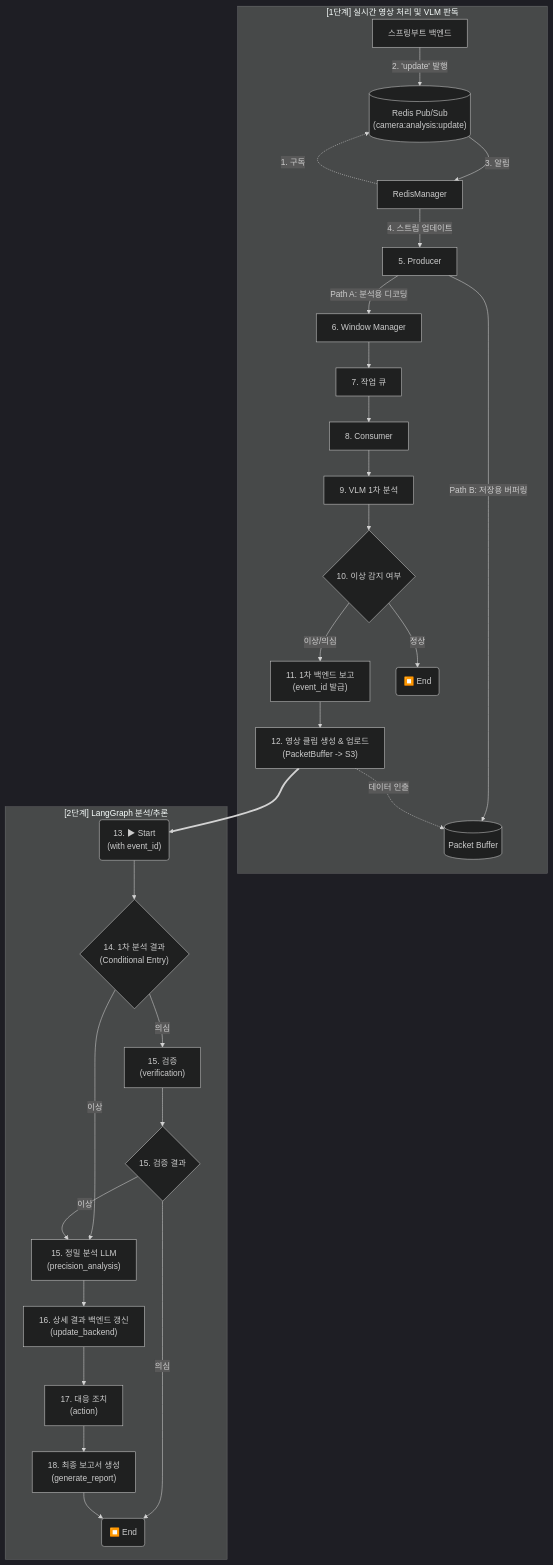
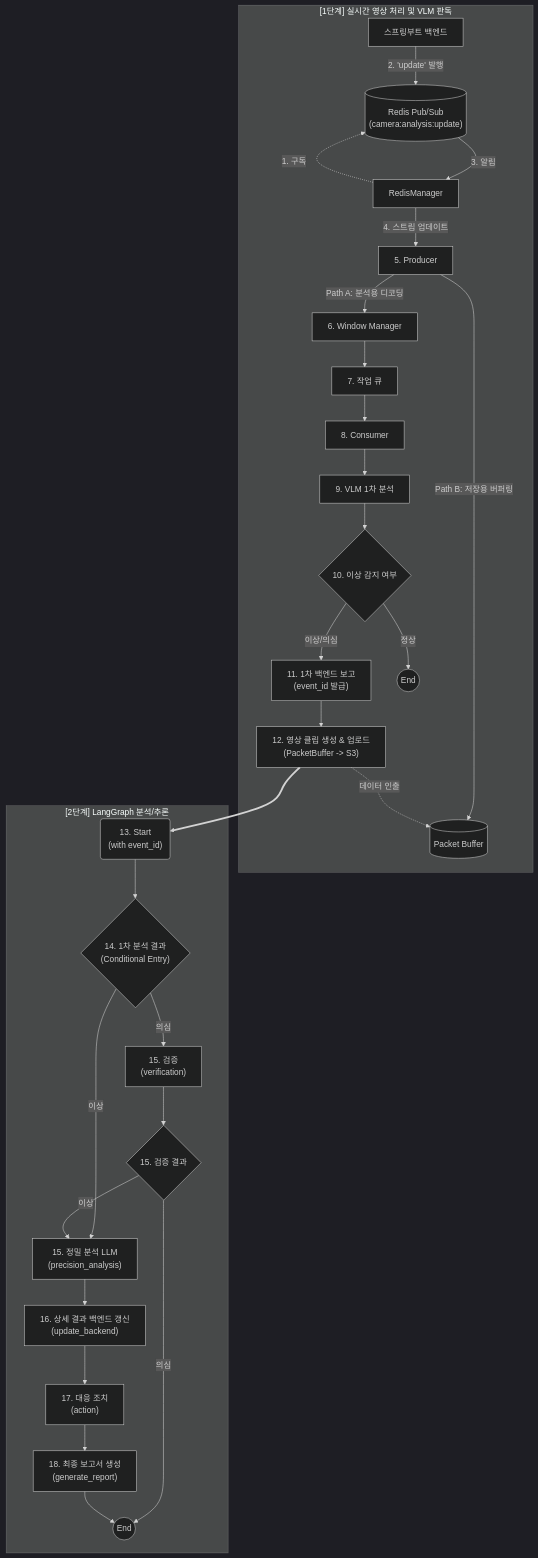
Before and after one commit to AIX-01/aegis-ai-agent: the first of 2 diagrams in README.md, drawn with Mermaid (dark theme). The commit also changed other lines of this file, not shown here.

````diff
--- a/README.md
+++ b/README.md
@@ -148,45 +363,45 @@
 ```mermaid
 graph TD
     subgraph RealTime["[1단계] 실시간 영상 처리 및 VLM 판독"]
         ExtMgr["스프링부트 백엔드"]
         RedisCh[("Redis Pub/Sub<br>(camera:analysis:update)")]
         RM["RedisManager"]
 
         RM -. "1. 구독" .-> RedisCh
         ExtMgr -- "2. 'update' 발행" --> RedisCh
         RedisCh -- "3. 알림" --> RM
         
         RM -- "4. 스트림 업데이트" --> P["5. Producer"]
         P -- "Path A: 분석용 디코딩" --> W["6. Window Manager"]
         P -- "Path B: 저장용 버퍼링" --> PB[("Packet Buffer")]
         
         W --> Q["7. 작업 큐"]
         Q --> C["8. Consumer"]
         C --> VLM["9. VLM 1차 분석"]
         VLM --> Router{"10. 이상 감지 여부"}
         Router -- "이상/의심" --> BR["11. 1차 백엔드 보고<br>(event_id 발급)"]
         BR --> Clip["12. 영상 클립 생성 & 업로드<br>(PacketBuffer -> S3)"]
         Clip -. "데이터 인출" .-> PB
-        Router -- "정상" --> EndLocal(⏹️ End)
+        Router -- "정상" --> EndLocal((End))
     end
 
     subgraph LangGraph["[2단계] LangGraph 분석/추론"]
         Clip ~~~ Start
-        Start("13. ▶ Start<br>(with event_id)")
+        Start("13. Start<br>(with event_id)")
         
         Start --> Router2{"14. 1차 분석 결과<br>(Conditional Entry)"}
         Router2 -- "이상" --> N_Precise["15. 정밀 분석 LLM <br>(precision_analysis)"]
         Router2 -- "의심" --> N_Verify["15. 검증<br>(verification)"]
         
         N_Verify --> Router3{"15. 검증 결과"}
         Router3 -- "이상" --> N_Precise
-        Router3 -- "의심" --> End(⏹️ End)
+        Router3 -- "의심" --> EndGraph((End))
         
         N_Precise --> N_Update["16. 상세 결과 백엔드 갱신<br>(update_backend)"]
         N_Update --> N_Action["17. 대응 조치<br>(action)"]
         N_Action --> N7["18. 최종 보고서 생성<br>(generate_report)"]
-        N7 --> End
+        N7 --> EndGraph
     end
 
     Clip ==> Start
 ```
````
